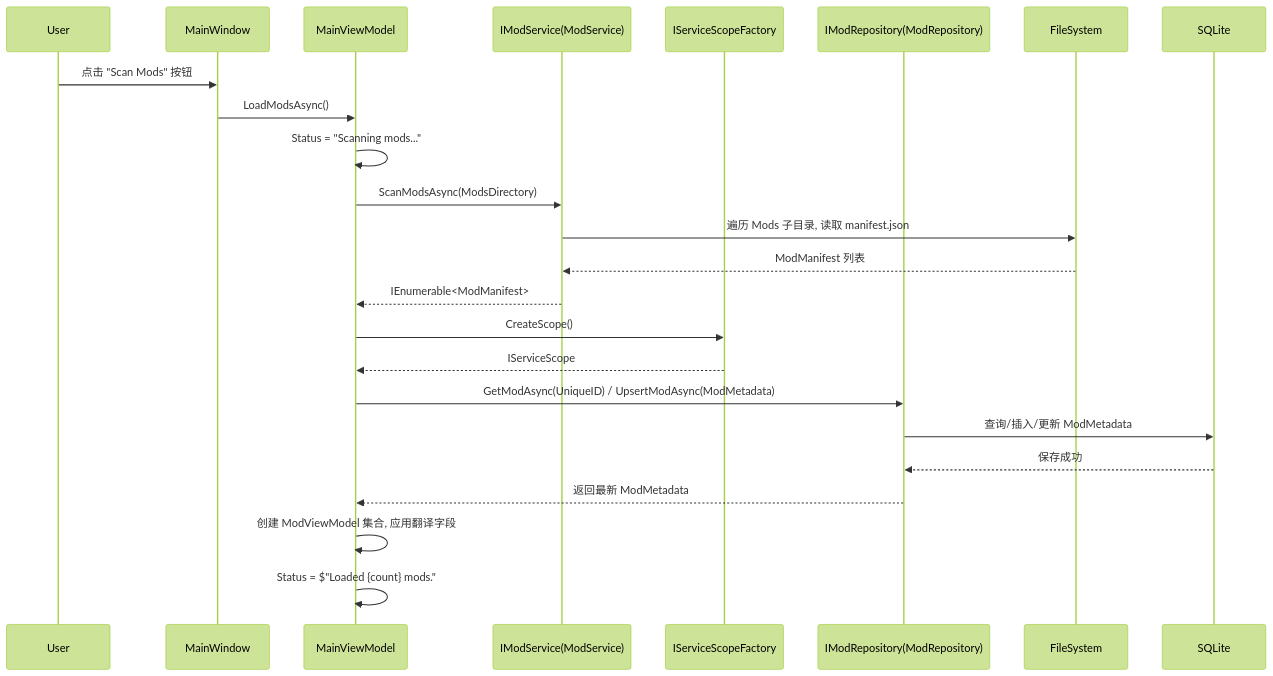
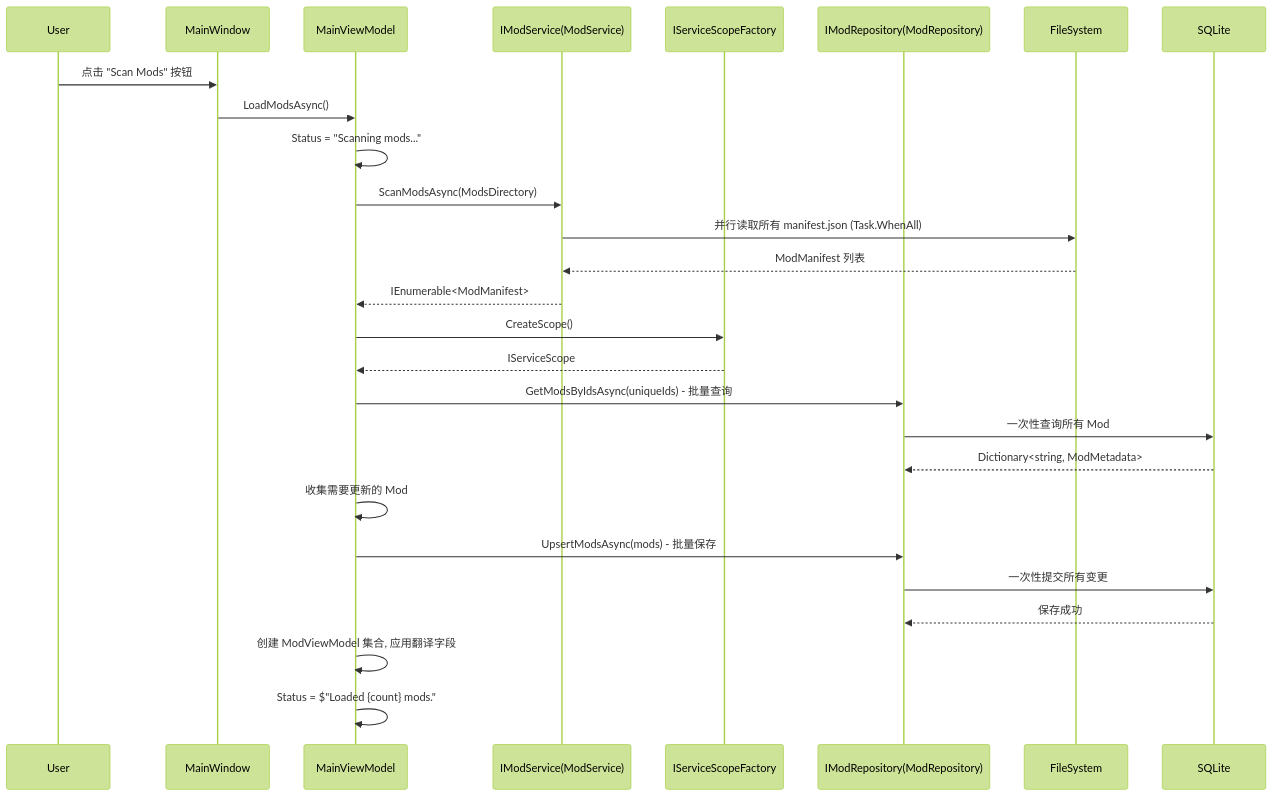
One commit to Sisyphean-a/SMTMS changed the sixth of 11 diagrams in docs/ARCHITECTURE.md. Above: the diagram before and after it, drawn with Mermaid (forest theme). The commit also changed other lines of this file and 5 other files, not shown here.

````diff
--- a/docs/ARCHITECTURE.md
+++ b/docs/ARCHITECTURE.md
@@ -177,29 +182,33 @@
 ```mermaid
 sequenceDiagram
     participant U as User
     participant V as MainWindow
     participant VM as MainViewModel
     participant MS as IModService(ModService)
     participant Scope as IServiceScopeFactory
     participant Repo as IModRepository(ModRepository)
     participant FS as FileSystem
     participant DB as SQLite
 
     U->>V: 点击 "Scan Mods" 按钮
     V->>VM: LoadModsAsync()
     VM->>VM: Status = "Scanning mods..."
     VM->>MS: ScanModsAsync(ModsDirectory)
-    MS->>FS: 遍历 Mods 子目录, 读取 manifest.json
+    MS->>FS: 并行读取所有 manifest.json (Task.WhenAll)
     FS-->>MS: ModManifest 列表
     MS-->>VM: IEnumerable<ModManifest>
 
     VM->>Scope: CreateScope()
     Scope-->>VM: IServiceScope
-    VM->>Repo: GetModAsync(UniqueID) / UpsertModAsync(ModMetadata)
-    Repo->>DB: 查询/插入/更新 ModMetadata
+    VM->>Repo: GetModsByIdsAsync(uniqueIds) - 批量查询
+    Repo->>DB: 一次性查询所有 Mod
+    DB-->>Repo: Dictionary<string, ModMetadata>
+
+    VM->>VM: 收集需要更新的 Mod
+    VM->>Repo: UpsertModsAsync(mods) - 批量保存
+    Repo->>DB: 一次性提交所有变更
     DB-->>Repo: 保存成功
-    Repo-->>VM: 返回最新 ModMetadata
 
     VM->>VM: 创建 ModViewModel 集合, 应用翻译字段
     VM->>VM: Status = $"Loaded {count} mods."
 ```
````
